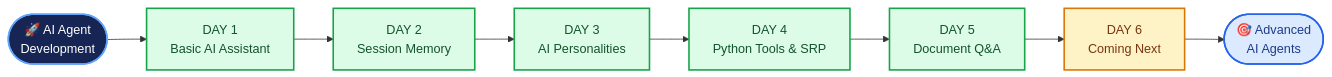
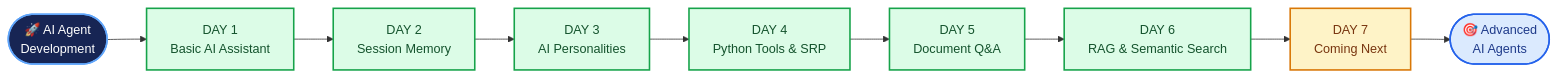
Before and after one commit to mdaamir6870/ai-agent-development: the diagram in README.md, drawn with Mermaid. The commit also changed other lines of this file and 10 other files, not shown here.

Commit message:
Add Day 6 RAG workflow and update master README

````diff
--- a/README.md
+++ b/README.md
@@ -97,29 +114,31 @@
-```mermaid id="r8v4k2"
+```mermaid
 flowchart LR
     START(["🚀 AI Agent<br/>Development"])
     D1["DAY 1<br/>Basic AI Assistant"]
     D2["DAY 2<br/>Session Memory"]
     D3["DAY 3<br/>AI Personalities"]
     D4["DAY 4<br/>Python Tools & SRP"]
     D5["DAY 5<br/>Document Q&A"]
-    NEXT["DAY 6<br/>Coming Next"]
+    D6["DAY 6<br/>RAG & Semantic Search"]
+    NEXT["DAY 7<br/>Coming Next"]
     GOAL(["🎯 Advanced<br/>AI Agents"])
 
-    START --> D1 --> D2 --> D3 --> D4 --> D5 --> NEXT --> GOAL
+    START --> D1 --> D2 --> D3 --> D4 --> D5 --> D6 --> NEXT --> GOAL
 
     click D1 "./Day-1/README.md" "Explore Day 1"
     click D2 "./Day-2/README.md" "Explore Day 2"
     click D3 "./Day-3/README.md" "Explore Day 3"
     click D4 "./Day-4/README.md" "Explore Day 4"
     click D5 "./Day-5/README.md" "Explore Day 5"
+    click D6 "./Day-6/README.md" "Explore Day 6"
 
     classDef start fill:#172554,stroke:#60a5fa,color:#ffffff,stroke-width:2px
     classDef completed fill:#dcfce7,stroke:#16a34a,color:#14532d,stroke-width:2px
     classDef upcoming fill:#fef3c7,stroke:#d97706,color:#78350f,stroke-width:2px
     classDef future fill:#dbeafe,stroke:#2563eb,color:#1e3a8a,stroke-width:2px
 
     class START start
-    class D1,D2,D3,D4,D5 completed
+    class D1,D2,D3,D4,D5,D6 completed
     class NEXT upcoming
     class GOAL future
 ```
````
